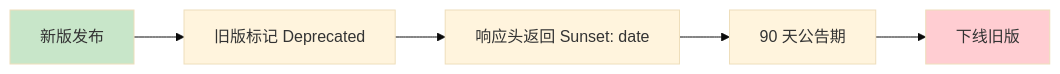
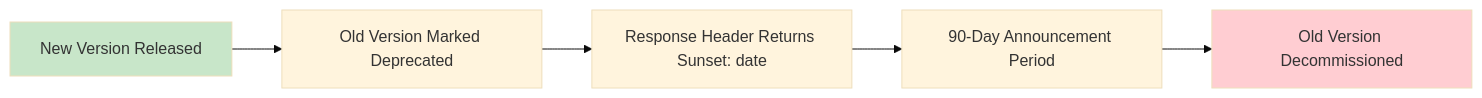
One commit to Kirky-X/cangjie changed the diagram in templates/产品/技术层/【模板】API文档.md. Above: the diagram before and after it, drawn with Mermaid (base theme). The commit also changed other lines of this file and 46 other files, not shown here.

````diff
--- a/templates/产品/技术层/【模板】API文档.md
+++ b/templates/产品/技术层/【模板】API文档.md
@@ -533,9 +533,9 @@
 ```mermaid
 flowchart LR
-    A[新版发布] --> B[旧版标记 Deprecated]
-    B --> C[响应头返回 Sunset: date]
-    C --> D[90 天公告期]
-    D --> E[下线旧版]
+    A[New Version Released] --> B[Old Version Marked Deprecated]
+    B --> C[Response Header Returns Sunset: date]
+    C --> D[90-Day Announcement Period]
+    D --> E[Old Version Decommissioned]
     style A fill:#c8e6c9
     style E fill:#ffcdd2
 ```
````
